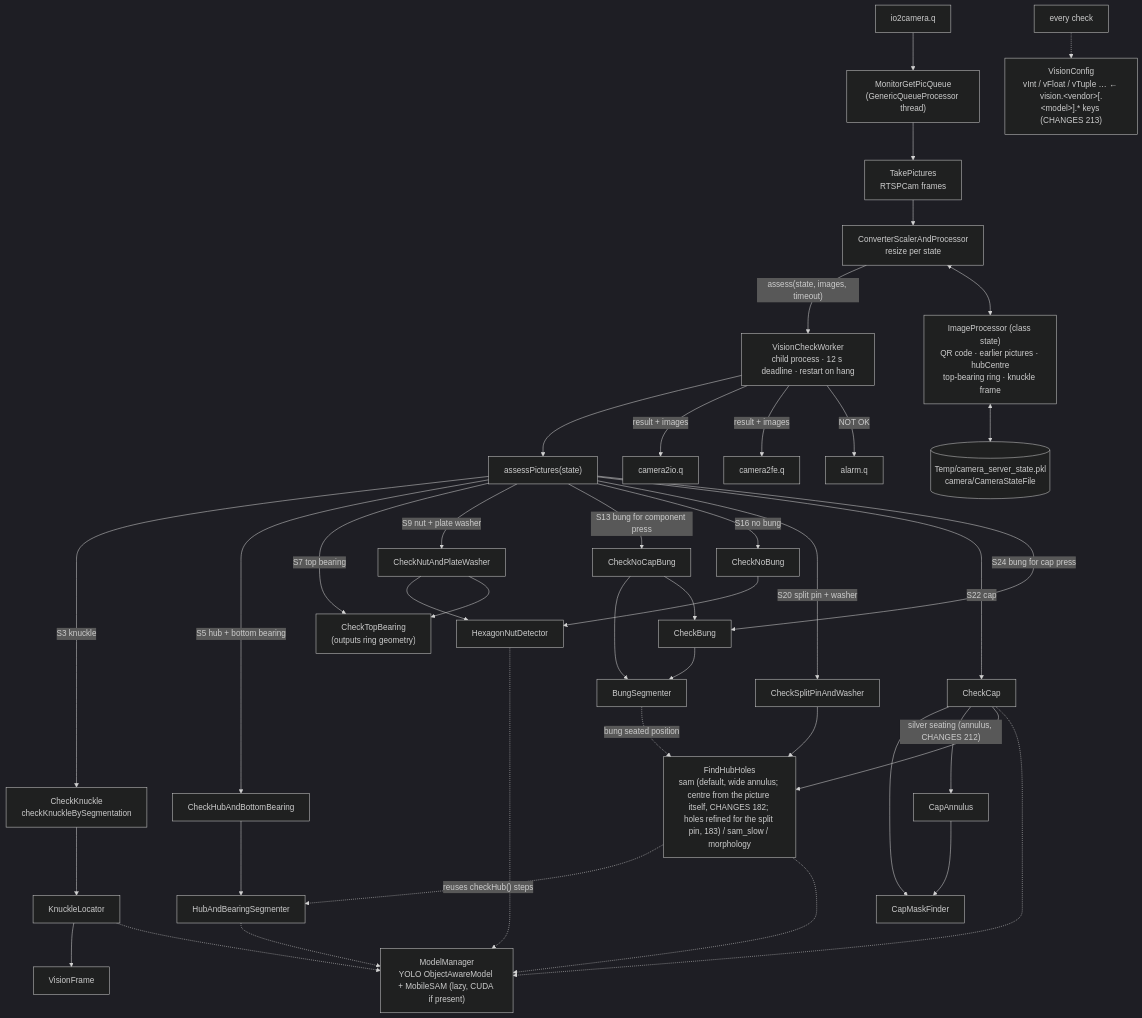
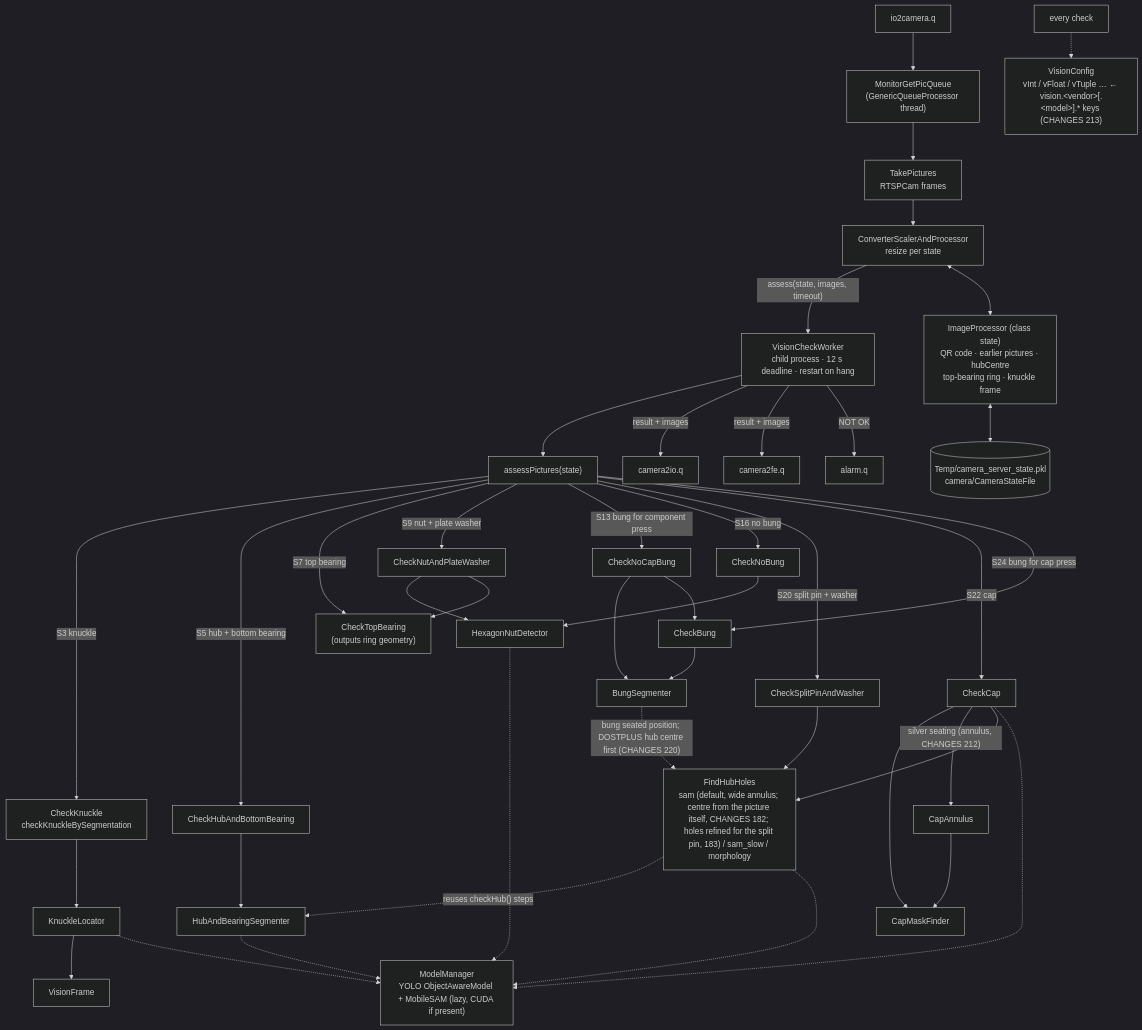
Before and after one commit to UBags/AshokLeyland_Machine2: the diagram in docs/code_graph/3_camera.mmd, drawn with Mermaid (dark theme). The commit also changed 22 other files, not shown here.

First line of the commit message:
220: DOSTPLUS bung on the hub centre in production - region and limits as vision.<vendor>.dostplus.bung.* keys (method hubcentre on Machine 2)

```diff
--- a/docs/code_graph/3_camera.mmd
+++ b/docs/code_graph/3_camera.mmd
@@ -1,32 +1,32 @@
 flowchart TB
   IN["io2camera.q"] --> M["MonitorGetPicQueue<br/>(GenericQueueProcessor thread)"]
   M --> T["TakePictures<br/>RTSPCam frames"]
   T --> C["ConverterScalerAndProcessor<br/>resize per state"]
   C -->|"assess(state, images, timeout)"| W["VisionCheckWorker<br/>child process · 12 s deadline · restart on hang"]
   W --> A["assessPictures(state)"]
   IP["ImageProcessor (class state)<br/>QR code · earlier pictures · hubCentre<br/>top-bearing ring · knuckle frame"]
   SF[("Temp/camera_server_state.pkl<br/>camera/CameraStateFile")]
   IP <--> SF
   C <--> IP
   A -->|"S3 knuckle"| K["CheckKnuckle<br/>checkKnuckleBySegmentation"]
   K --> KL["KnuckleLocator"] --> VF["VisionFrame"]
   A -->|"S5 hub + bottom bearing"| H["CheckHubAndBottomBearing"] --> HS["HubAndBearingSegmenter"]
   A -->|"S7 top bearing"| TB["CheckTopBearing<br/>(outputs ring geometry)"]
   A -->|"S9 nut + plate washer"| N["CheckNutAndPlateWasher"] --> HN["HexagonNutDetector"]
   N --> TB
   A -->|"S13 bung for component press"| NCB["CheckNoCapBung"] --> BS["BungSegmenter"]
   NCB --> CB
   A -->|"S16 no bung"| NB["CheckNoBung"] --> HN
   A -->|"S20 split pin + washer"| SP["CheckSplitPinAndWasher"]
   A -->|"S22 cap"| CP["CheckCap"] --> CMF["CapMaskFinder"]
   CP -->|"silver seating (annulus, CHANGES 212)"| CAN["CapAnnulus"] --> CMF
   A -->|"S24 bung for cap press"| CB["CheckBung"] --> BS
   SP & CP --> FH["FindHubHoles<br/>sam (default, wide annulus; centre from the picture itself, CHANGES 182; holes refined for the split pin, 183) / sam_slow / morphology"]
-  BS -.->|"bung seated position"| FH
+  BS -.->|"bung seated position; DOSTPLUS hub centre first (CHANGES 220)"| FH
   FH -.->|"reuses checkHub() steps"| HS
   HS & HN & KL -.-> MM["ModelManager<br/>YOLO ObjectAwareModel + MobileSAM (lazy, CUDA if present)"]
   FH -.-> MM
   CP -.-> MM
   ALLV["every check"] -.-> VC["VisionConfig<br/>vInt / vFloat / vTuple … ← vision.&lt;vendor&gt;[.&lt;model&gt;].* keys (CHANGES 213)"]
   W -->|"result + images"| OUT1["camera2io.q"] & OUT2["camera2fe.q"]
   W -->|"NOT OK"| OUT3["alarm.q"]
```
